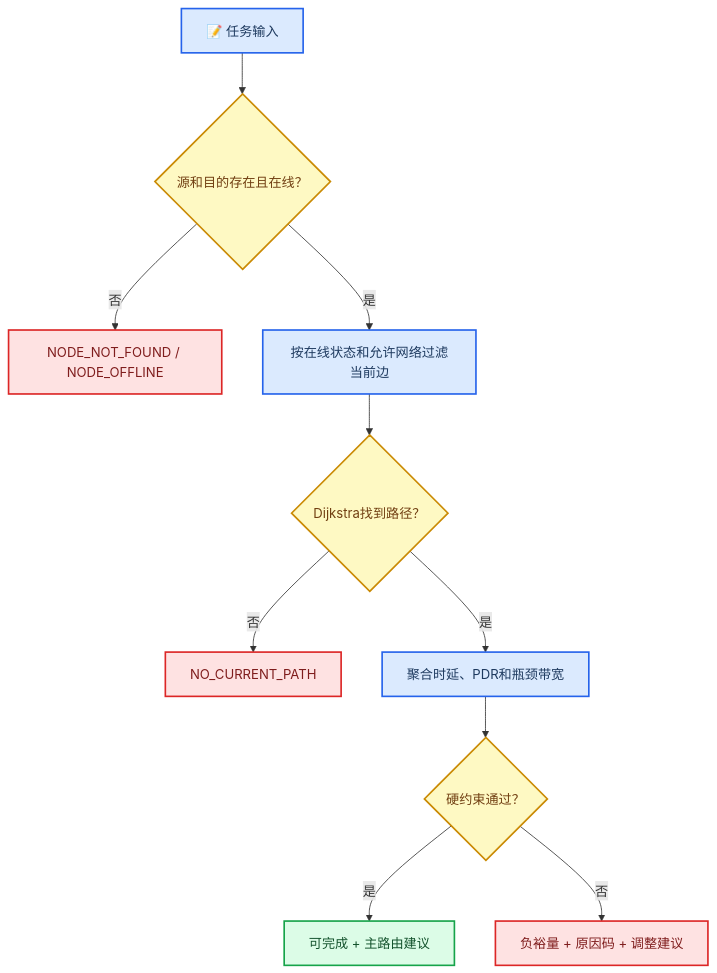
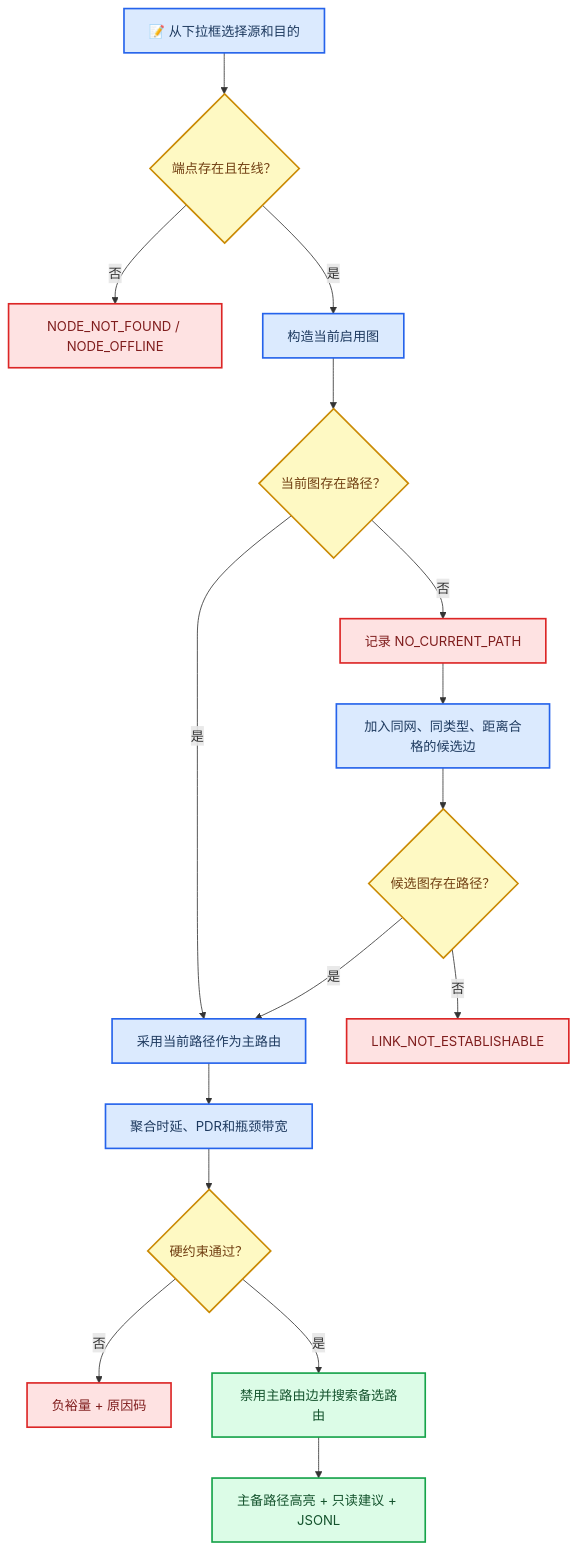
Before and after one commit to violetnozomi/afsim: the diagram in docs/features/任务可达性评估.md, drawn with Mermaid. The commit also changed other lines of this file and 16 other files, not shown here.

Commit message:
feat: add candidate and backup route assessment

````diff
--- a/docs/features/任务可达性评估.md
+++ b/docs/features/任务可达性评估.md
@@ -17,25 +19,31 @@
 ```mermaid
 flowchart TD
-    accTitle: Current Graph Task Assessment
-    accDescr: A task is checked against one immutable current resource snapshot, then routed by predicted delay and validated against bandwidth, delay, and reliability constraints.
+    accTitle: Current and Candidate Graph Assessment
+    accDescr: The evaluator first searches enabled AFSIM links, then adds parameterized same-network candidate links only when the current graph has no path, checks constraints, and calculates an edge-disjoint backup route.
 
-    input["📝 任务输入"] --> nodes{"源和目的存在且在线？"}
+    input["📝 从下拉框选择源和目的"] --> nodes{"端点存在且在线？"}
     nodes -->|"否"| node_reason["NODE_NOT_FOUND / NODE_OFFLINE"]
-    nodes -->|"是"| filter["按在线状态和允许网络过滤当前边"]
-    filter --> route{"Dijkstra找到路径？"}
-    route -->|"否"| no_path["NO_CURRENT_PATH"]
-    route -->|"是"| metrics["聚合时延、PDR和瓶颈带宽"]
+    nodes -->|"是"| current["构造当前启用图"]
+    current --> current_route{"当前图存在路径？"}
+    current_route -->|"是"| primary["采用当前路径作为主路由"]
+    current_route -->|"否"| no_path["记录 NO_CURRENT_PATH"]
+    no_path --> candidate["加入同网、同类型、距离合格的候选边"]
+    candidate --> candidate_route{"候选图存在路径？"}
+    candidate_route -->|"否"| impossible["LINK_NOT_ESTABLISHABLE"]
+    candidate_route -->|"是"| primary
+    primary --> metrics["聚合时延、PDR和瓶颈带宽"]
     metrics --> constraints{"硬约束通过？"}
-    constraints -->|"是"| pass["可完成 + 主路由建议"]
-    constraints -->|"否"| margins["负裕量 + 原因码 + 调整建议"]
+    constraints -->|"否"| margins["负裕量 + 原因码"]
+    constraints -->|"是"| backup["禁用主路由边并搜索备选路由"]
+    backup --> output["主备路径高亮 + 只读建议 + JSONL"]
 
     classDef input_cls fill:#dbeafe,stroke:#2563eb,stroke-width:2px,color:#1e3a5f
     classDef decision fill:#fef9c3,stroke:#ca8a04,stroke-width:2px,color:#713f12
     classDef success fill:#dcfce7,stroke:#16a34a,stroke-width:2px,color:#14532d
     classDef failure fill:#fee2e2,stroke:#dc2626,stroke-width:2px,color:#7f1d1d
 
-    class input,filter,metrics input_cls
-    class nodes,route,constraints decision
-    class pass success
-    class node_reason,no_path,margins failure
+    class input,current,candidate,primary,metrics input_cls
+    class nodes,current_route,candidate_route,constraints decision
+    class backup,output success
+    class node_reason,no_path,impossible,margins failure
 ```
````
